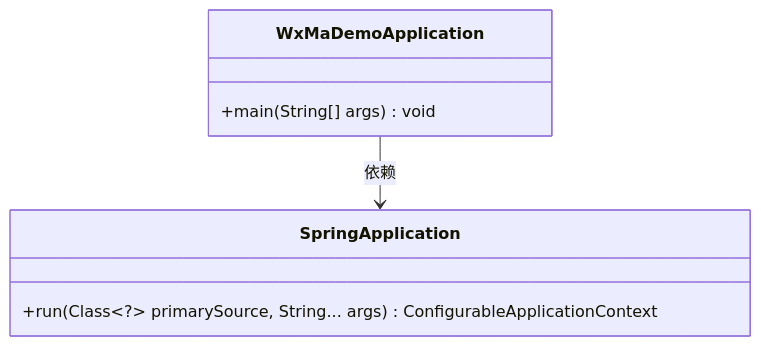
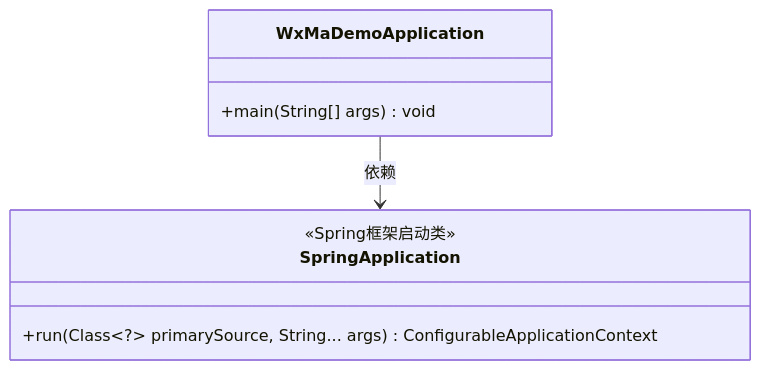
One commit to v-wjrong/binary_weixin-java-miniapp-demo changed the first of 2 diagrams in docs/zh/docs/src/main/java/com/github/binarywang/demo/wx/miniapp/WxMaDemoApplication.md. Above: the diagram before and after it, drawn with Mermaid. The commit also changed other lines of this file and 50 other files, not shown here.

````diff
--- a/docs/zh/docs/src/main/java/com/github/binarywang/demo/wx/miniapp/WxMaDemoApplication.md
+++ b/docs/zh/docs/src/main/java/com/github/binarywang/demo/wx/miniapp/WxMaDemoApplication.md
@@ -36,10 +36,11 @@
 ```mermaid
 classDiagram
     class WxMaDemoApplication {
         +main(String[] args) void
     }
+    WxMaDemoApplication --> SpringApplication : 依赖
     class SpringApplication {
+        <<Spring框架启动类>>
         +run(Class~?~ primarySource, String... args) ConfigurableApplicationContext
     }
-    WxMaDemoApplication --> SpringApplication : 依赖
 ```
````
